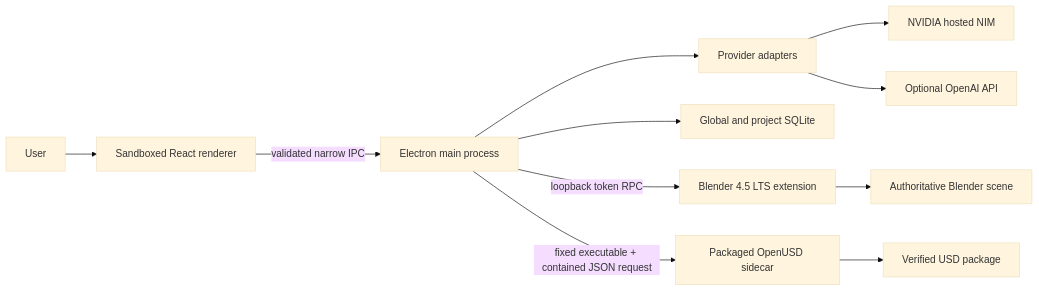
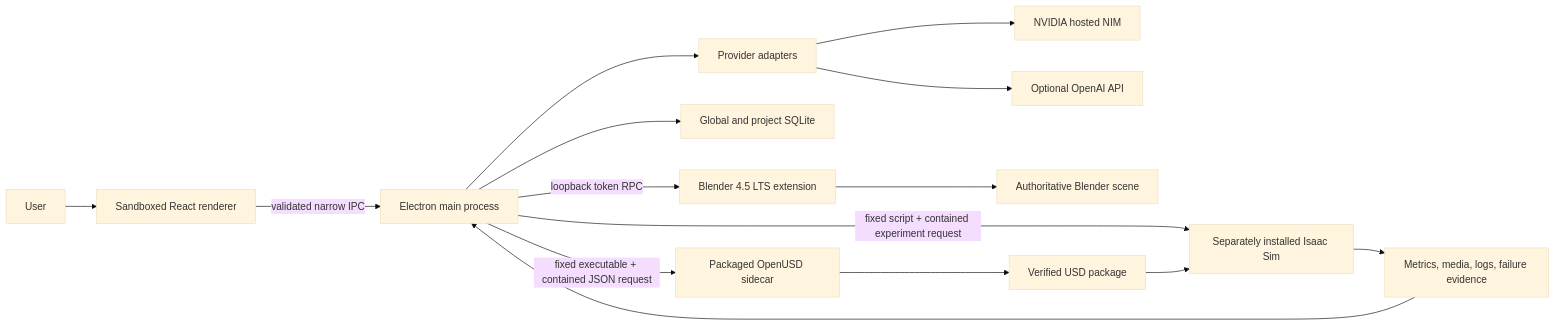
Before and after one commit to aminezombor/SimForge: the diagram in docs/ARCHITECTURE.md, drawn with Mermaid (base theme). The commit also changed other lines of this file and 52 other files, not shown here.

````diff
--- a/docs/ARCHITECTURE.md
+++ b/docs/ARCHITECTURE.md
@@ -12,13 +13,17 @@
 ```mermaid
 flowchart LR
     U["User"] --> R["Sandboxed React renderer"]
     R -->|"validated narrow IPC"| M["Electron main process"]
     M --> P["Provider adapters"]
     P --> N["NVIDIA hosted NIM"]
     P --> O["Optional OpenAI API"]
     M --> D["Global and project SQLite"]
     M -->|"loopback token RPC"| B["Blender 4.5 LTS extension"]
     B --> S["Authoritative Blender scene"]
     M -->|"fixed executable + contained JSON request"| X["Packaged OpenUSD sidecar"]
     X --> W["Verified USD package"]
+    M -->|"fixed script + contained experiment request"| I["Separately installed Isaac Sim"]
+    W --> I
+    I --> E["Metrics, media, logs, failure evidence"]
+    E --> M
 ```
````
